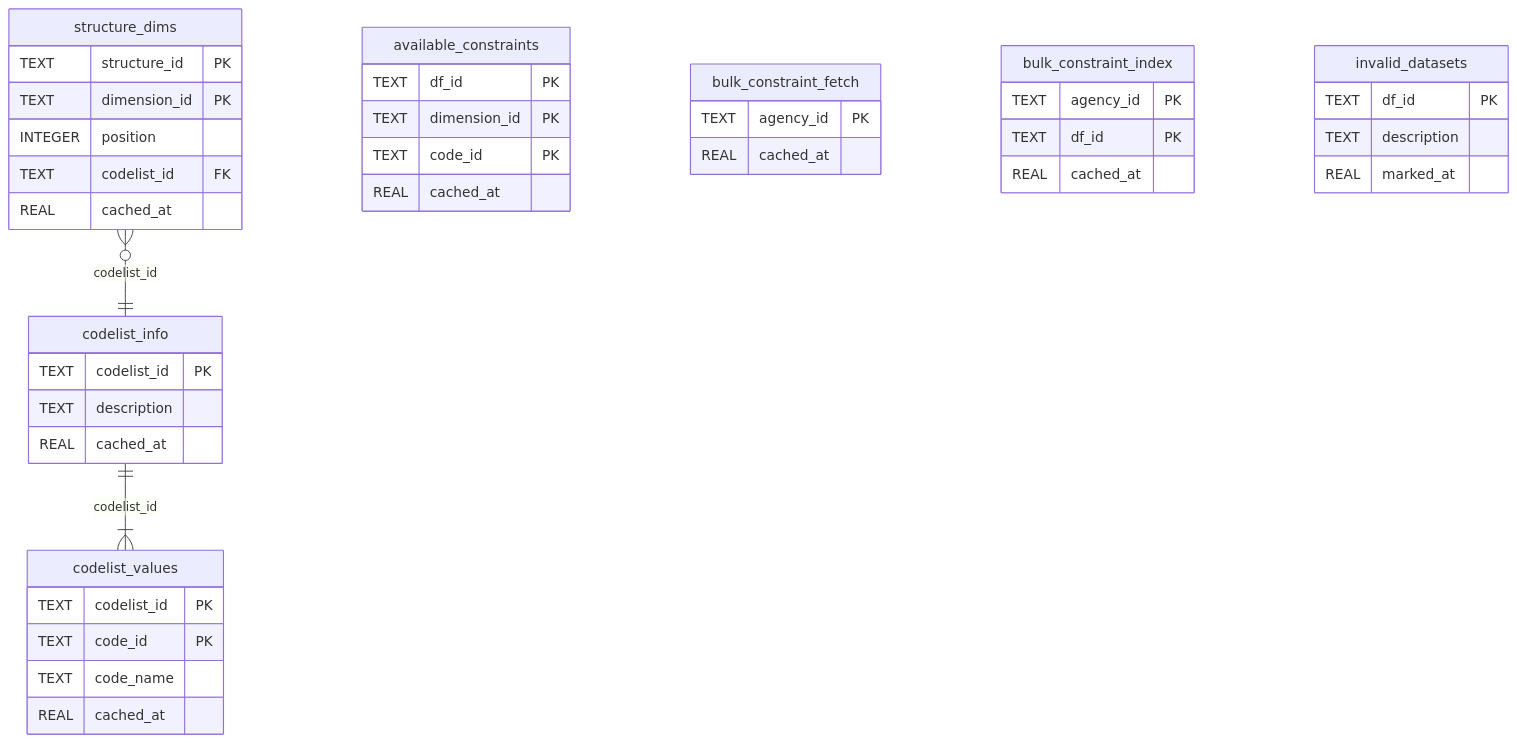
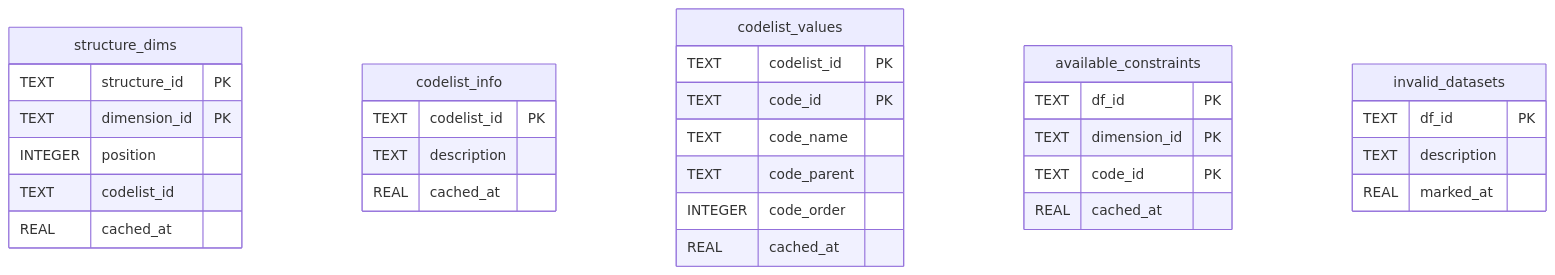
One commit to ondata/opensdmx changed the diagram in docs/cache.md. Above: the diagram before and after it, drawn with Mermaid. The commit also changed other lines of this file and 22 other files, not shown here.

````diff
--- a/docs/cache.md
+++ b/docs/cache.md
@@ -166,44 +160,35 @@
 ```mermaid
 erDiagram
     structure_dims {
         TEXT structure_id PK
         TEXT dimension_id PK
         INTEGER position
-        TEXT codelist_id FK
+        TEXT codelist_id
         REAL cached_at
     }
     codelist_info {
         TEXT codelist_id PK
         TEXT description
         REAL cached_at
     }
     codelist_values {
         TEXT codelist_id PK
         TEXT code_id PK
         TEXT code_name
+        TEXT code_parent
+        INTEGER code_order
         REAL cached_at
     }
     available_constraints {
         TEXT df_id PK
         TEXT dimension_id PK
         TEXT code_id PK
         REAL cached_at
     }
-    bulk_constraint_fetch {
-        TEXT agency_id PK
-        REAL cached_at
-    }
-    bulk_constraint_index {
-        TEXT agency_id PK
-        TEXT df_id PK
-        REAL cached_at
-    }
     invalid_datasets {
         TEXT df_id PK
         TEXT description
         REAL marked_at
     }
 
-    structure_dims }o--|| codelist_info : "codelist_id"
-    codelist_info ||--|{ codelist_values : "codelist_id"
 ```
````
